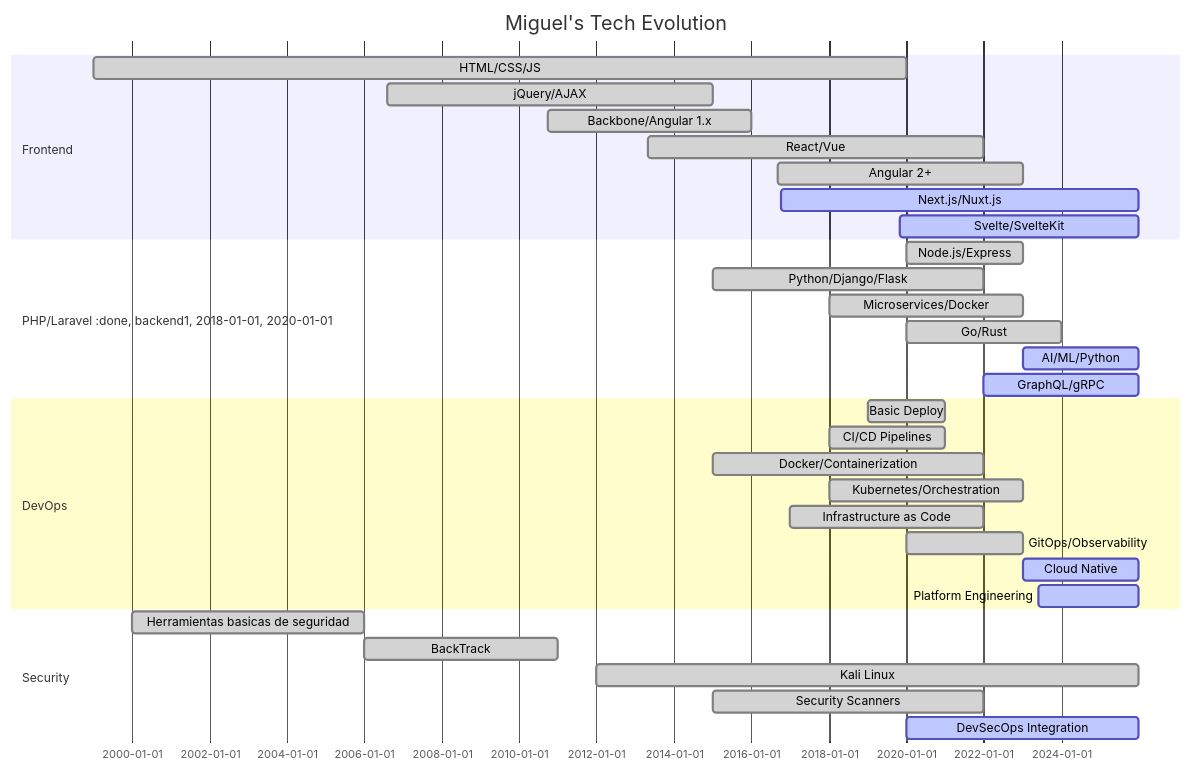
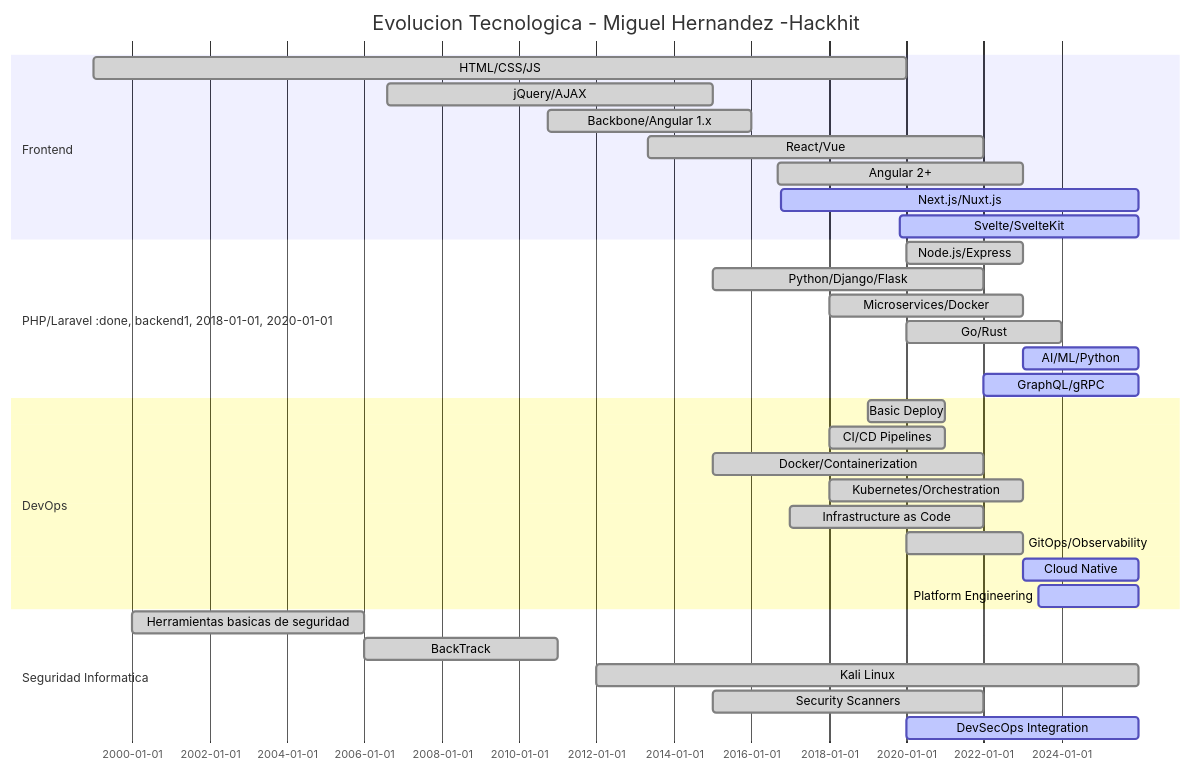
One commit to hackhit/hackhit changed the diagram in README.md. Above: the diagram before and after it, drawn with Mermaid. The commit also changed other lines of this file, not shown here.

````diff
--- a/README.md
+++ b/README.md
@@ -387,41 +387,41 @@
 ```mermaid
 gantt
-    title Miguel's Tech Evolution
+    title Evolucion Tecnologica - Miguel Hernandez -Hackhit
     dateFormat  YYYY-MM-DD
     section Frontend
     HTML/CSS/JS           :done, frontend1, 1999-01-01, 2020-01-01
     jQuery/AJAX           :done, frontend2, 2006-08-01, 2015-01-01
     Backbone/Angular 1.x  :done, frontend3, 2010-10-01, 2016-01-01
     React/Vue             :done, frontend4, 2013-05-01, 2022-01-01
     Angular 2+            :done, frontend5, 2016-09-01, 2023-01-01
     Next.js/Nuxt.js       :active, frontend6, 2016-10-01, 2025-12-31
     Svelte/SvelteKit      :active, frontend7, 2019-11-01, 2025-12-31
     
     section PHP/Laravel           :done, backend1, 2018-01-01, 2020-01-01
     Node.js/Express       :done, backend2, 2020-01-01, 2023-01-01
     Python/Django/Flask   :done, backend3, 2015-01-01, 2022-01-01
     Microservices/Docker  :done, backend4, 2018-01-01, 2023-01-01
     Go/Rust               :done, backend5, 2020-01-01, 2024-01-01
     AI/ML/Python          :active, backend6, 2023-01-01, 2025-12-31
     GraphQL/gRPC          :active, backend7, 2022-01-01, 2025-12-31
     
     section DevOps
     Basic Deploy          :done, devops1, 2019-01-01, 2021-01-01
     CI/CD Pipelines       :done, devops2, 2018-01-01, 2021-01-01
     Docker/Containerization:done, devops3, 2015-01-01, 2022-01-01
     Kubernetes/Orchestration:done, devops4, 2018-01-01, 2023-01-01
     Infrastructure as Code:done, devops5, 2017-01-01, 2022-01-01
     GitOps/Observability  :done, devops6, 2020-01-01, 2023-01-01
     Cloud Native          :active, devops7, 2023-01-01, 2025-12-31
     Platform Engineering  :active, devops8, 2023-06-01, 2025-12-31
 
-    section Security
+    section Seguridad Informatica
     Herramientas basicas de seguridad  :done, sec1, 2000-01-01, 2006-01-01
     BackTrack             :done, sec2, 2006-01-01, 2011-01-01
     Kali Linux            :done, sec3, 2012-01-01, 2025-12-31
     Security Scanners     :done, sec4, 2015-01-01, 2022-01-01
     DevSecOps Integration :active, sec5, 2020-01-01, 2025-12-31
 
 
 
 ```
````
